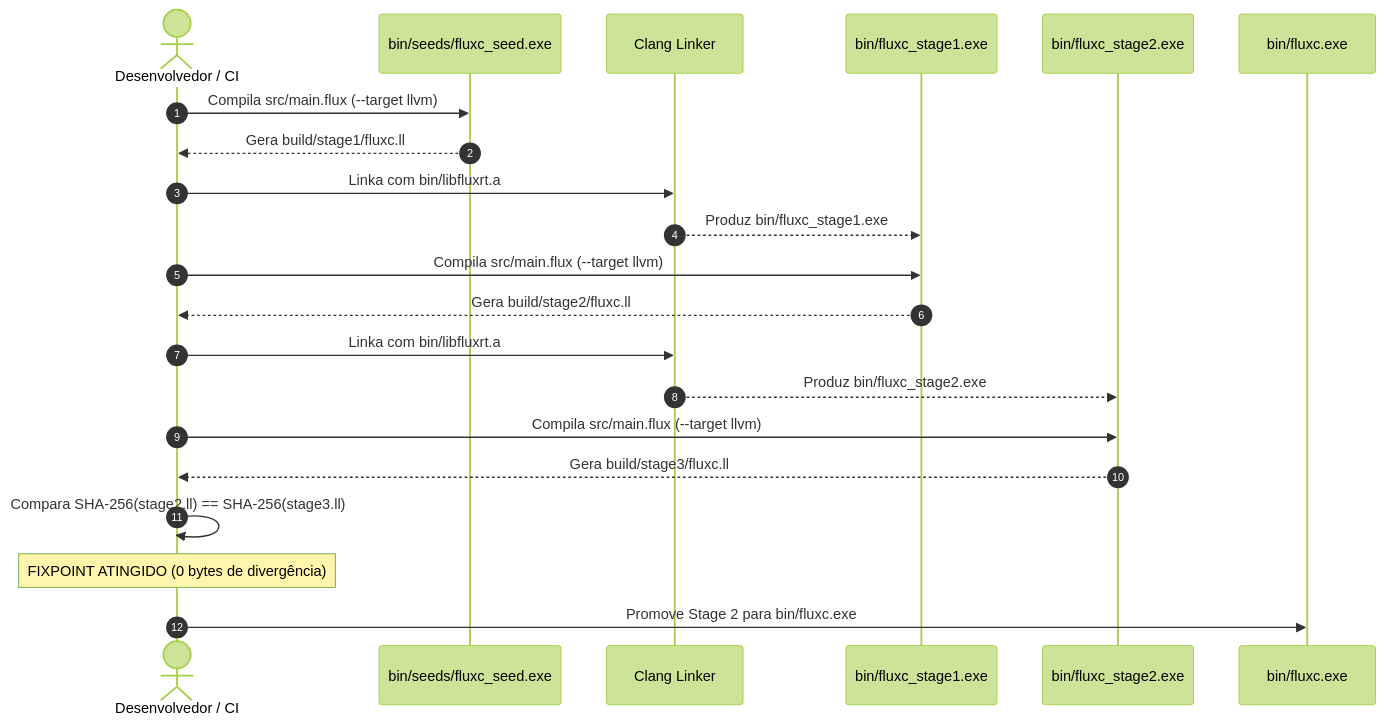
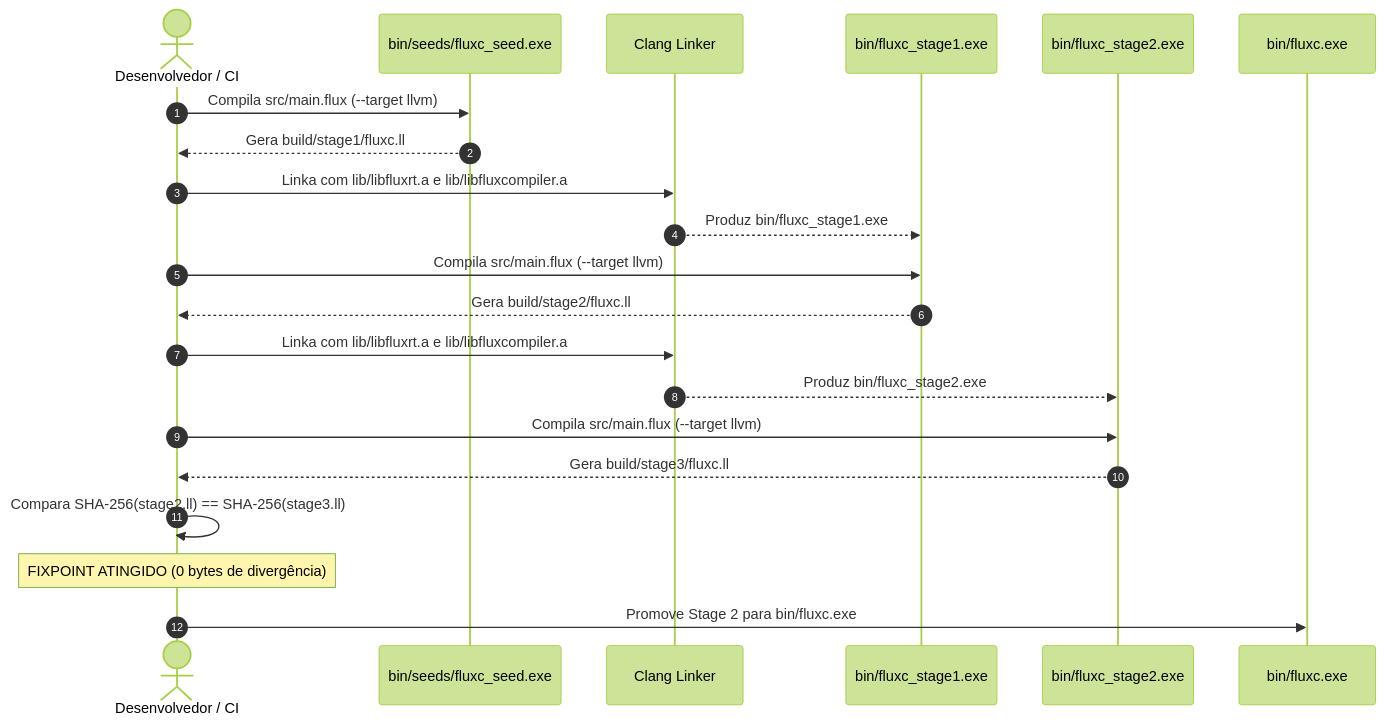
One commit to alfcanova/TheFlux changed the third of 4 diagrams in docs/SELFHOSTED.md. Above: the diagram before and after it, drawn with Mermaid (forest theme). The commit also changed other lines of this file and 31 other files, not shown here.

````diff
--- a/docs/SELFHOSTED.md
+++ b/docs/SELFHOSTED.md
@@ -268,27 +268,27 @@
 ```mermaid
 sequenceDiagram
     autonumber
     actor Dev as Desenvolvedor / CI
     participant Seed as bin/seeds/fluxc_seed.exe
     participant Clang as Clang Linker
     participant Stg1 as bin/fluxc_stage1.exe
     participant Stg2 as bin/fluxc_stage2.exe
     participant Final as bin/fluxc.exe
 
     Dev->>Seed: Compila src/main.flux (--target llvm)
     Seed-->>Dev: Gera build/stage1/fluxc.ll
-    Dev->>Clang: Linka com bin/libfluxrt.a
+    Dev->>Clang: Linka com lib/libfluxrt.a e lib/libfluxcompiler.a
     Clang-->>Stg1: Produz bin/fluxc_stage1.exe
 
     Dev->>Stg1: Compila src/main.flux (--target llvm)
     Stg1-->>Dev: Gera build/stage2/fluxc.ll
-    Dev->>Clang: Linka com bin/libfluxrt.a
+    Dev->>Clang: Linka com lib/libfluxrt.a e lib/libfluxcompiler.a
     Clang-->>Stg2: Produz bin/fluxc_stage2.exe
 
     Dev->>Stg2: Compila src/main.flux (--target llvm)
     Stg2-->>Dev: Gera build/stage3/fluxc.ll
 
     Dev->>Dev: Compara SHA-256(stage2.ll) == SHA-256(stage3.ll)
     Note over Dev: FIXPOINT ATINGIDO (0 bytes de divergência)
     Dev->>Final: Promove Stage 2 para bin/fluxc.exe
 ```
````
